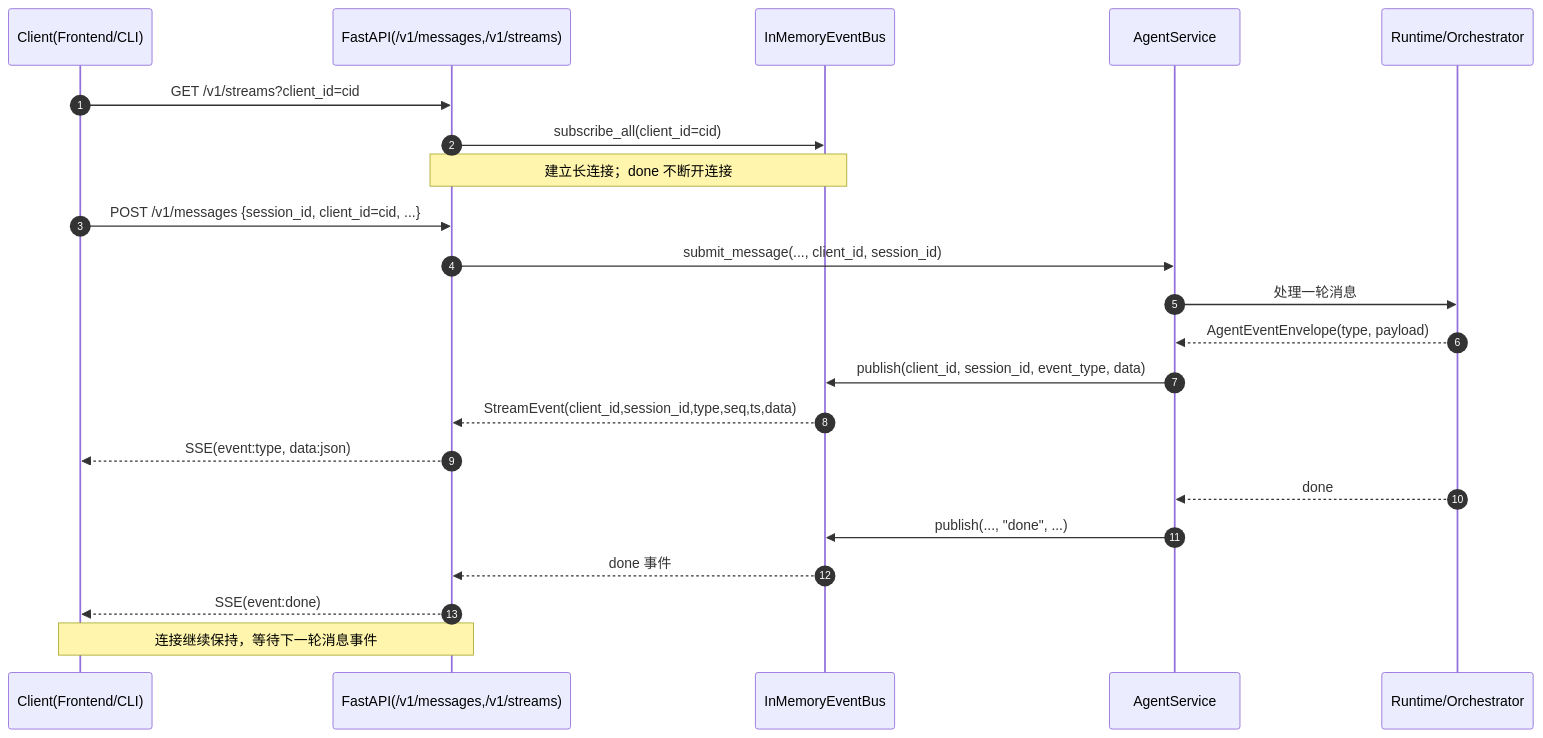
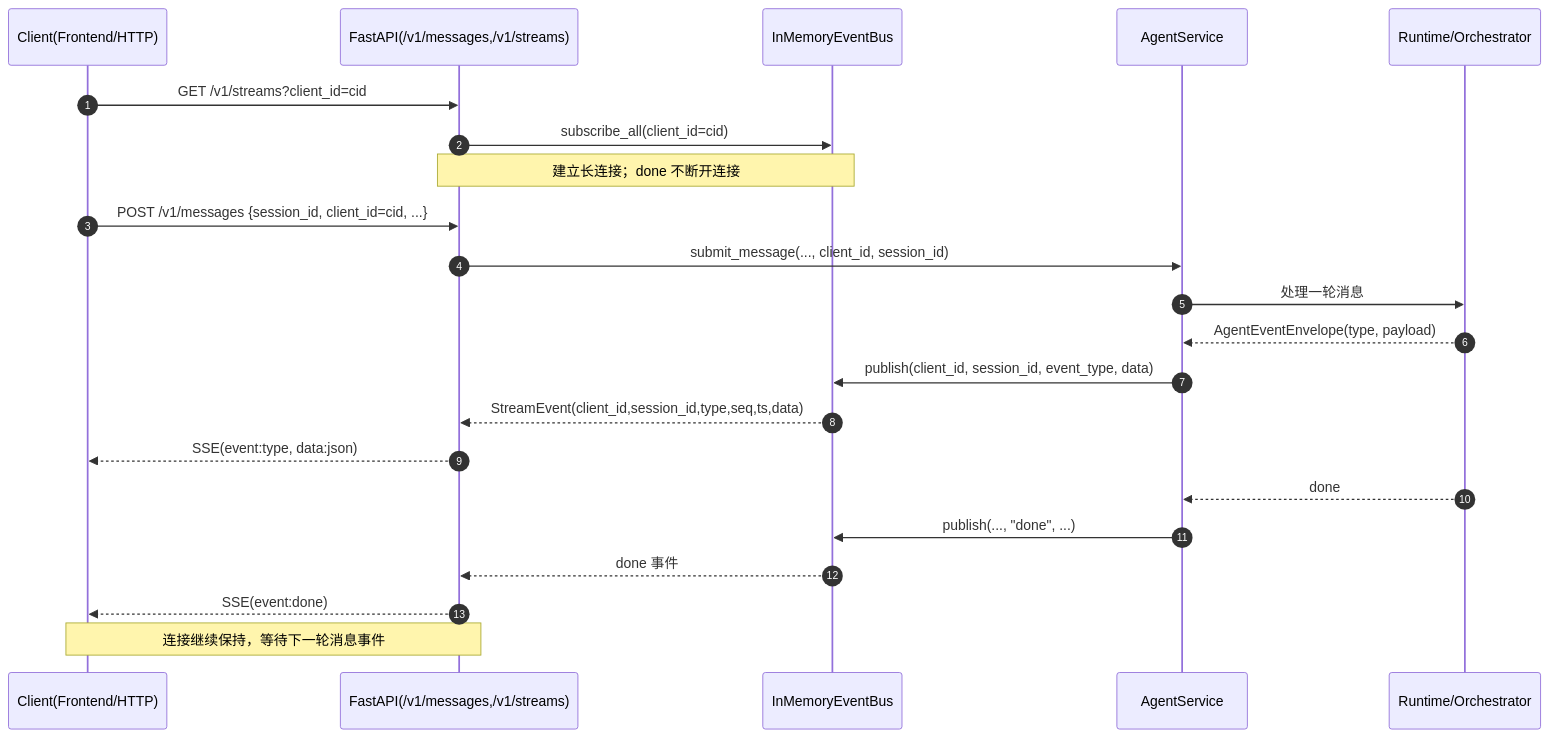
The diagram in app/harness/streaming/README.md (DGS-ai-team/DAgents), drawn with Mermaid before and after one commit. The commit also changed other lines of this file and 53 other files, not shown here.

````diff
--- a/app/harness/streaming/README.md
+++ b/app/harness/streaming/README.md
@@ -55,28 +57,28 @@
 ```mermaid
 sequenceDiagram
     autonumber
-    participant C as Client(Frontend/CLI)
+    participant C as Client(Frontend/HTTP)
     participant API as FastAPI(/v1/messages,/v1/streams)
     participant BUS as InMemoryEventBus
     participant S as AgentService
     participant R as Runtime/Orchestrator
 
     C->>API: GET /v1/streams?client_id=cid
     API->>BUS: subscribe_all(client_id=cid)
     Note over API,BUS: 建立长连接；done 不断开连接
 
     C->>API: POST /v1/messages {session_id, client_id=cid, ...}
     API->>S: submit_message(..., client_id, session_id)
 
     S->>R: 处理一轮消息
     R-->>S: AgentEventEnvelope(type, payload)
     S->>BUS: publish(client_id, session_id, event_type, data)
     BUS-->>API: StreamEvent(client_id,session_id,type,seq,ts,data)
     API-->>C: SSE(event:type, data:json)
 
     R-->>S: done
     S->>BUS: publish(..., "done", ...)
     BUS-->>API: done 事件
     API-->>C: SSE(event:done)
     Note over C,API: 连接继续保持，等待下一轮消息事件
 ```
````
